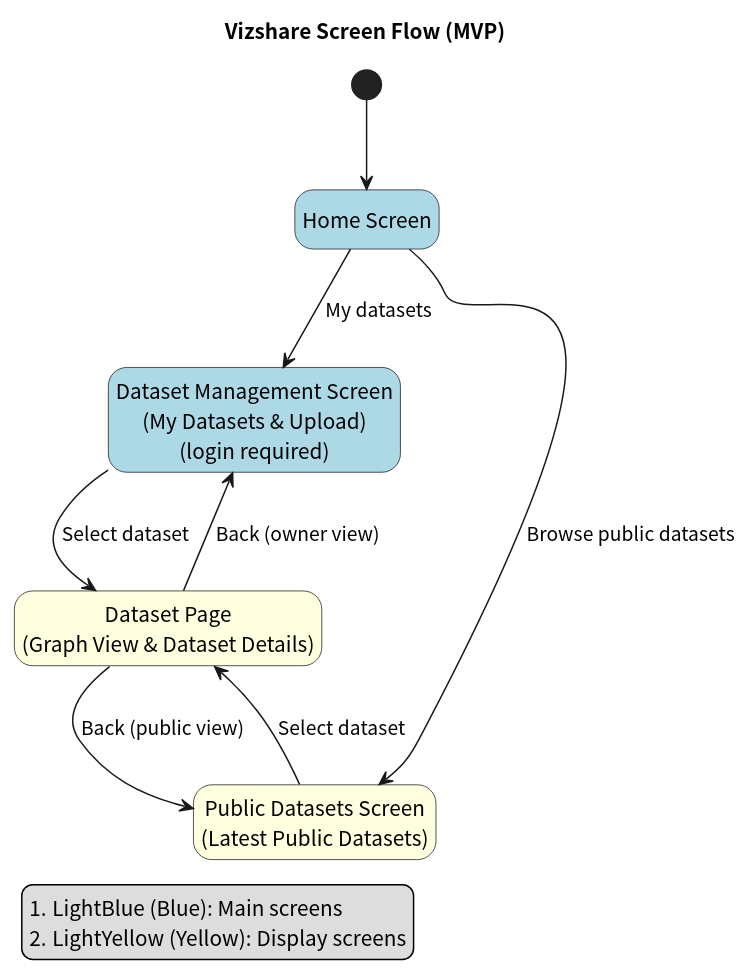
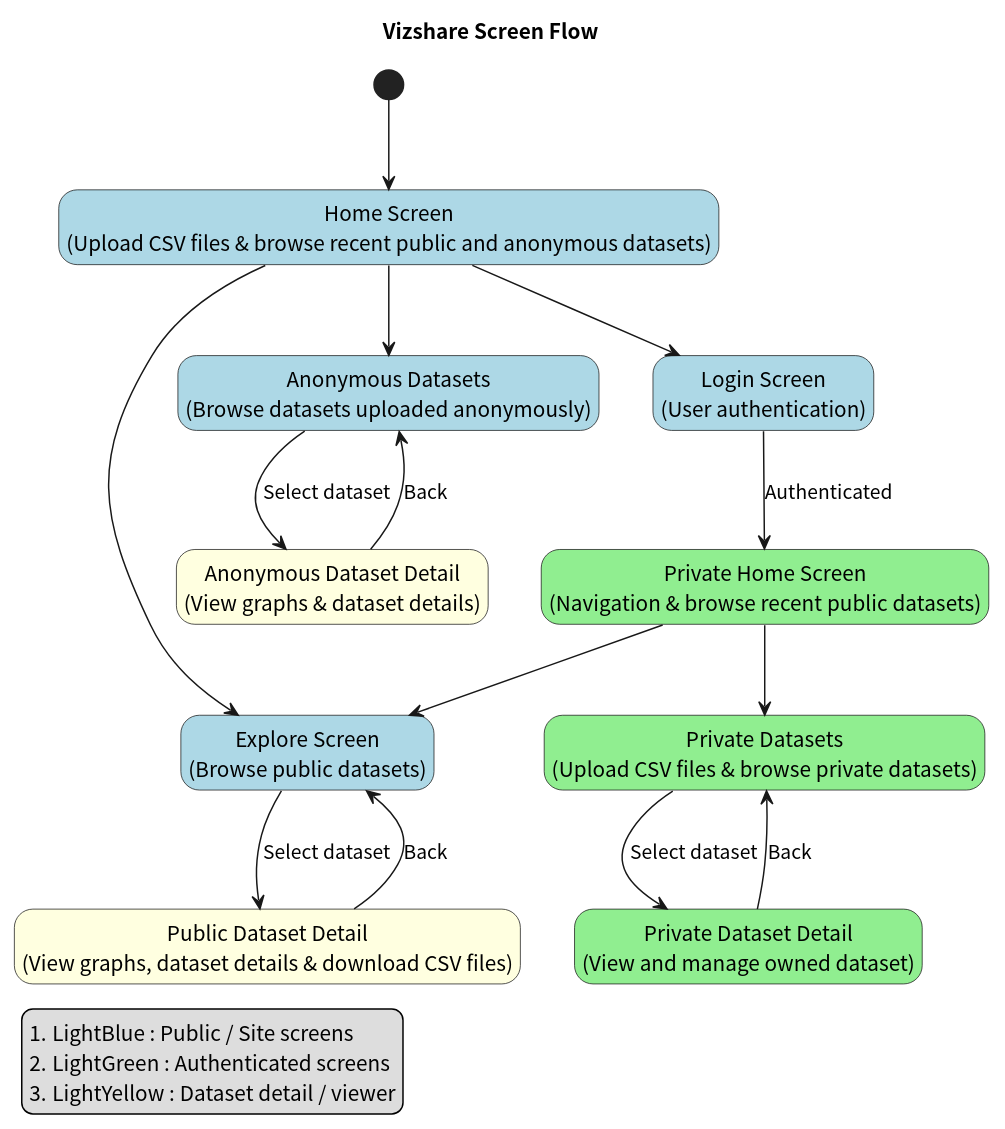
Before and after one commit to tomoki-shiozaki/vizshare: the diagram in docs/screen_flow/screen_flow_diagram.pu, drawn with PlantUML. The commit also changed 4 other files, not shown here.

```diff
--- a/docs/screen_flow/screen_flow_diagram.pu
+++ b/docs/screen_flow/screen_flow_diagram.pu
@@ -1,28 +1,83 @@
 @startuml screen_flow_vizshare
 skinparam defaultFontName "Noto Sans CJK JP"
 hide empty description
 
-title Vizshare Screen Flow (MVP)
+title Vizshare Screen Flow
 
 legend left
-#LightBlue (Blue): Main screens
-#LightYellow (Yellow): Display screens
+#LightBlue : Public / Site screens
+#LightGreen : Authenticated screens
+#LightYellow : Dataset detail / viewer
 end legend
+
 
 [*] --> home
 
-state "Home Screen" as home #LightBlue
-state "Dataset Management Screen\n(My Datasets & Upload)\n(login required)" as datasetManagement #LightBlue
-state "Public Datasets Screen\n(Latest Public Datasets)" as publicDatasets #LightYellow
-state "Dataset Page\n(Graph View & Dataset Details)" as datasetView #LightYellow
 
-home --> datasetManagement : My datasets
-home --> publicDatasets : Browse public datasets
+' =========================
+' Public Site
+' =========================
 
-datasetManagement --> datasetView : Select dataset
-publicDatasets --> datasetView : Select dataset
+state "Home Screen\n(Upload CSV files & browse recent public and anonymous datasets)" as home #LightBlue
 
-datasetView --> datasetManagement : Back (owner view)
-datasetView --> publicDatasets : Back (public view)
+state "Explore Screen\n(Browse public datasets)" as explore #LightBlue
+
+state "Public Dataset Detail\n(View graphs, dataset details & download CSV files)" as publicDatasetView #LightYellow
+
+state "Anonymous Datasets\n(Browse datasets uploaded anonymously)" as anonymousDatasets #LightBlue
+
+state "Anonymous Dataset Detail\n(View graphs & dataset details)" as anonymousDatasetView #LightYellow
+
+
+home --> explore
+
+home --> anonymousDatasets
+
+
+explore --> publicDatasetView : Select dataset
+
+anonymousDatasets --> anonymousDatasetView : Select dataset
+
+
+' =========================
+' Authentication
+' =========================
+
+state "Login Screen\n(User authentication)" as login #LightBlue
+
+
+home --> login
+
+
+' =========================
+' Private Area
+' =========================
+
+state "Private Home Screen\n(Navigation & browse recent public datasets)" as privateHome #LightGreen
+
+state "Private Datasets\n(Upload CSV files & browse private datasets)" as datasetManagement #LightGreen
+
+state "Private Dataset Detail\n(View and manage owned dataset)" as privateDatasetView #LightGreen
+
+
+login --> privateHome : Authenticated
+
+privateHome --> explore
+
+privateHome --> datasetManagement
+
+
+datasetManagement --> privateDatasetView : Select dataset
+
+
+' =========================
+' Shared / Cross Navigation
+' =========================
+
+publicDatasetView --> explore : Back
+
+anonymousDatasetView --> anonymousDatasets : Back
+
+privateDatasetView --> datasetManagement : Back
 
 @enduml
```
